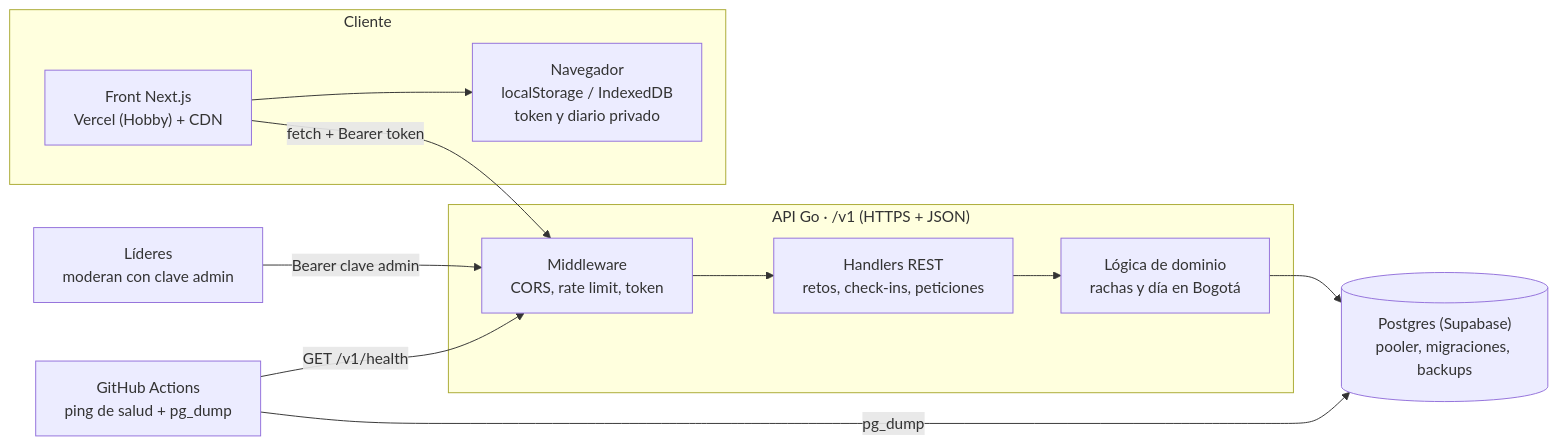
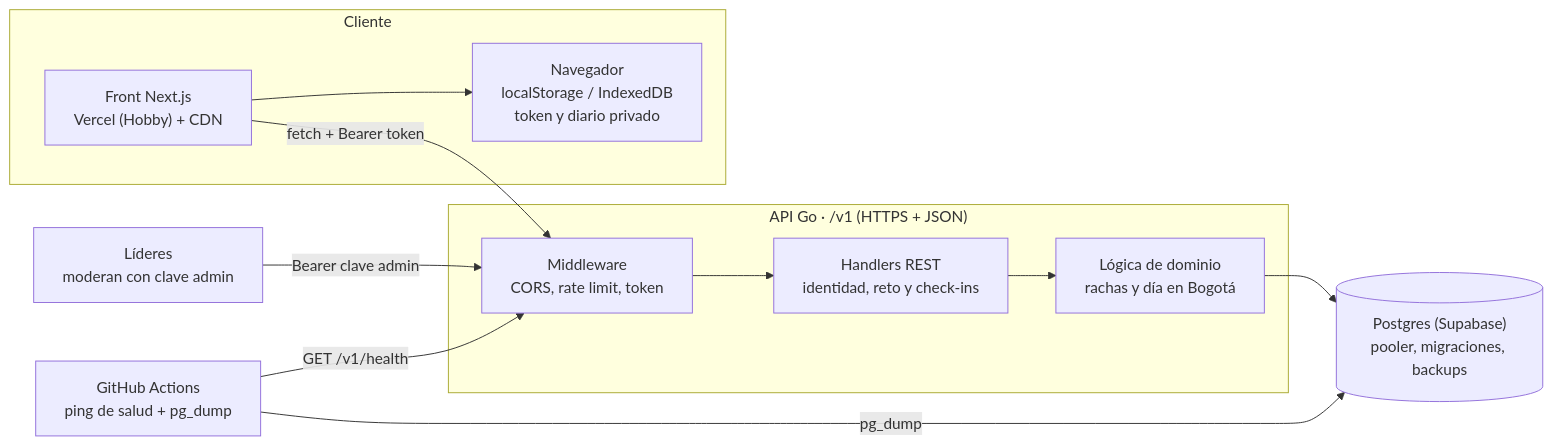
The diagram in docs/specs/00-arquitectura.md (Nico258/web-deepflow), drawn with Mermaid before and after one commit. The commit also changed other lines of this file and 6 other files, not shown here.

````diff
--- a/docs/specs/00-arquitectura.md
+++ b/docs/specs/00-arquitectura.md
@@ -27,25 +27,25 @@
 ```mermaid
 flowchart LR
   subgraph Cliente
     F["Front Next.js<br/>Vercel (Hobby) + CDN"]
     N["Navegador<br/>localStorage / IndexedDB<br/>token y diario privado"]
   end
   L["Líderes<br/>moderan con clave admin"]
 
   subgraph API["API Go · /v1 (HTTPS + JSON)"]
     M["Middleware<br/>CORS, rate limit, token"]
-    H["Handlers REST<br/>retos, check-ins, peticiones"]
+    H["Handlers REST<br/>identidad, reto y check-ins"]
     D["Lógica de dominio<br/>rachas y día en Bogotá"]
     M --> H --> D
   end
 
   P[("Postgres (Supabase)<br/>pooler, migraciones, backups")]
   G["GitHub Actions<br/>ping de salud + pg_dump"]
 
   F --> N
   F -->|"fetch + Bearer token"| M
   L -->|"Bearer clave admin"| M
   D --> P
   G -->|"GET /v1/health"| M
   G -->|"pg_dump"| P
 ```
````
